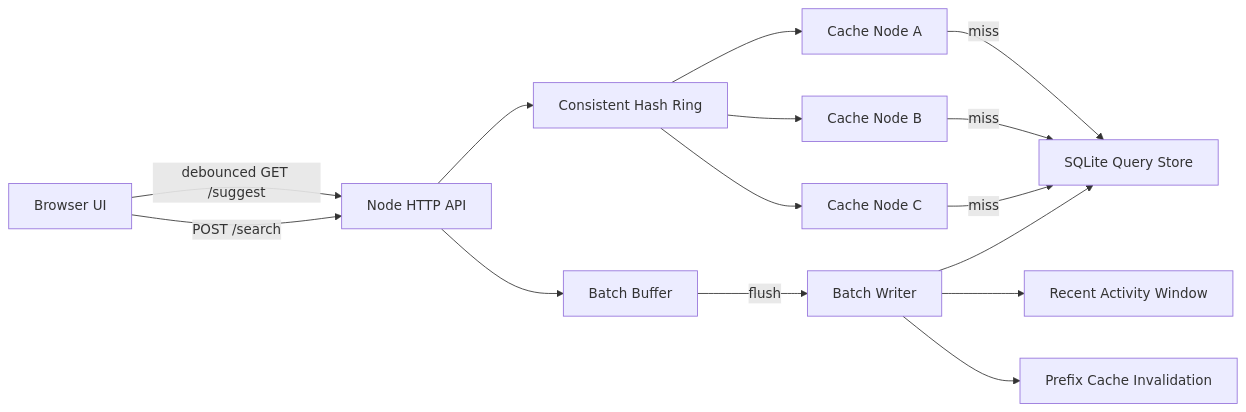
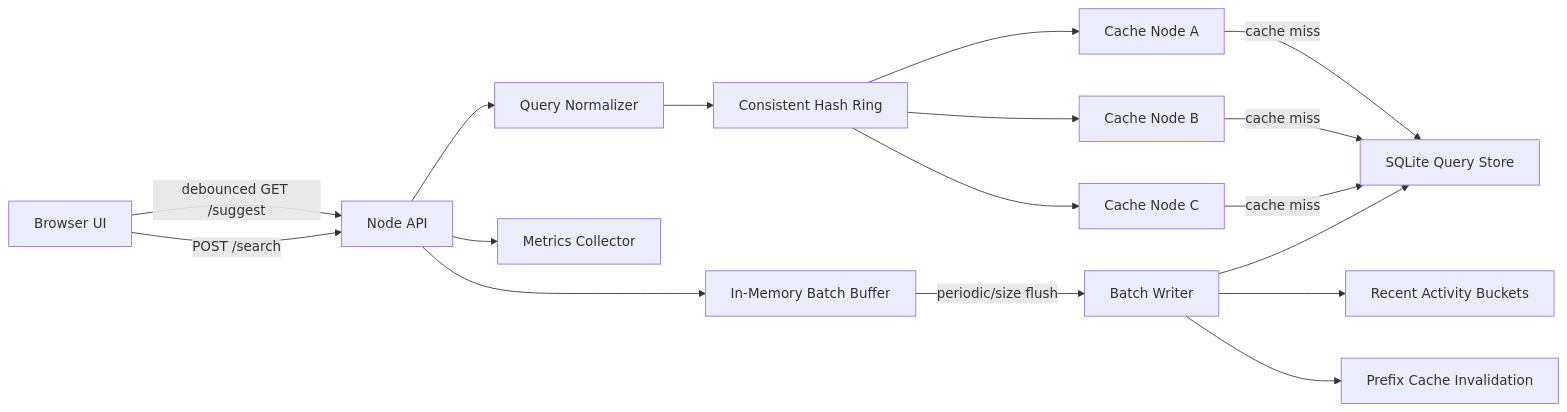
One commit to rohan-27p/typeahead-system changed the diagram in README.md. Above: the diagram before and after it, drawn with Mermaid. The commit also changed other lines of this file and 9 other files, not shown here.

````diff
--- a/README.md
+++ b/README.md
@@ -81,17 +125,24 @@
 ```mermaid
 flowchart LR
-    UI["Browser UI"] -->|"debounced GET /suggest"| API["Node HTTP API"]
+    UI["Browser UI"] -->|"debounced GET /suggest"| API["Node API"]
     UI -->|"POST /search"| API
-    API --> Ring["Consistent Hash Ring"]
+
+    API --> Normalizer["Query Normalizer"]
+    Normalizer --> Ring["Consistent Hash Ring"]
+
     Ring --> A["Cache Node A"]
     Ring --> B["Cache Node B"]
     Ring --> C["Cache Node C"]
-    A -->|"miss"| DB["SQLite Query Store"]
-    B -->|"miss"| DB
-    C -->|"miss"| DB
-    API --> Buffer["Batch Buffer"]
-    Buffer -->|"flush"| Writer["Batch Writer"]
+
+    A -->|"cache miss"| DB["SQLite Query Store"]
+    B -->|"cache miss"| DB
+    C -->|"cache miss"| DB
+
+    API --> Buffer["In-Memory Batch Buffer"]
+    Buffer -->|"periodic/size flush"| Writer["Batch Writer"]
     Writer --> DB
-    Writer --> Trend["Recent Activity Window"]
+    Writer --> Trend["Recent Activity Buckets"]
     Writer --> Invalidate["Prefix Cache Invalidation"]
+
+    API --> Metrics["Metrics Collector"]
 ```
````
